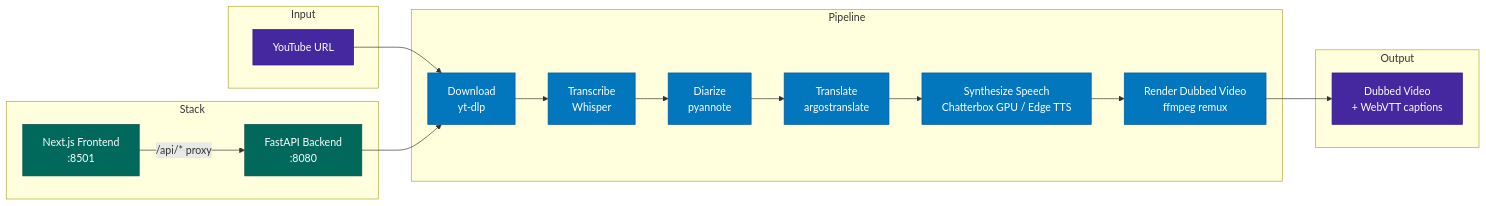
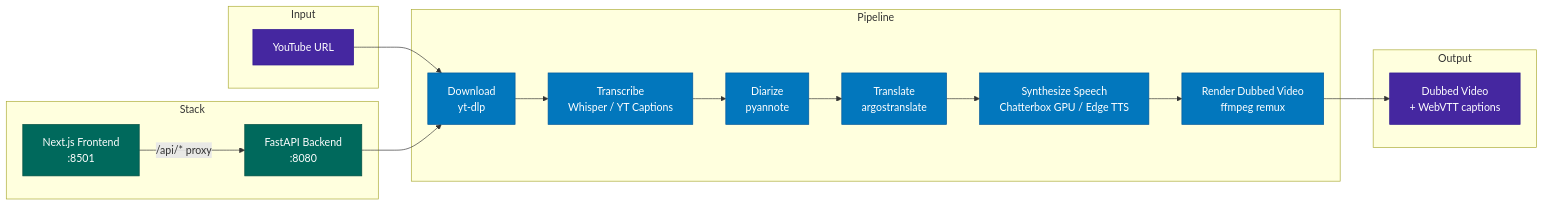
One commit to tilak30/foreign-whispers changed the diagram in README.md. Above: the diagram before and after it, drawn with Mermaid. The commit also changed other lines of this file and 7 other files, not shown here.

````diff
--- a/README.md
+++ b/README.md
@@ -23,38 +23,38 @@
 ```mermaid
 flowchart LR
     subgraph Input
         YT[YouTube URL]
     end
 
     subgraph Pipeline
         DL[Download<br/>yt-dlp]
-        TR[Transcribe<br/>Whisper]
+        TR[Transcribe<br/>Whisper / YT Captions]
         DI[Diarize<br/>pyannote]
         TL[Translate<br/>argostranslate]
         TTS[Synthesize Speech<br/>Chatterbox GPU / Edge TTS]
         ST[Render Dubbed Video<br/>ffmpeg remux]
     end
 
     subgraph Output
         VID[Dubbed Video<br/>+ WebVTT captions]
     end
 
     subgraph Stack
         FE[Next.js Frontend<br/>:8501]
         API[FastAPI Backend<br/>:8080]
     end
 
     YT --> DL --> TR --> DI --> TL --> TTS --> ST --> VID
 
     FE -- /api/* proxy --> API
     API --> DL
 
     classDef default fill:#37474f,color:#fff,stroke:#546e7a
     classDef pipeline fill:#0277bd,color:#fff,stroke:#01579b
     classDef stack fill:#00695c,color:#fff,stroke:#004d40
     classDef io fill:#4527a0,color:#fff,stroke:#311b92
 
     class YT,VID io
     class DL,TR,DI,TL,TTS,ST pipeline
     class FE,API stack
 ```
````
